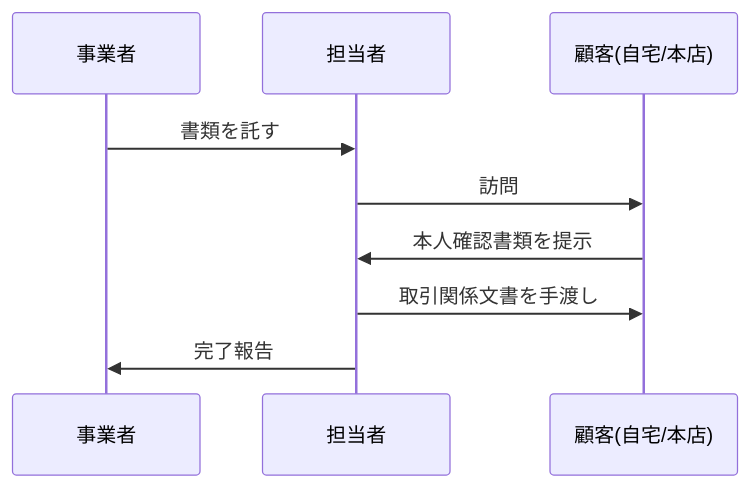
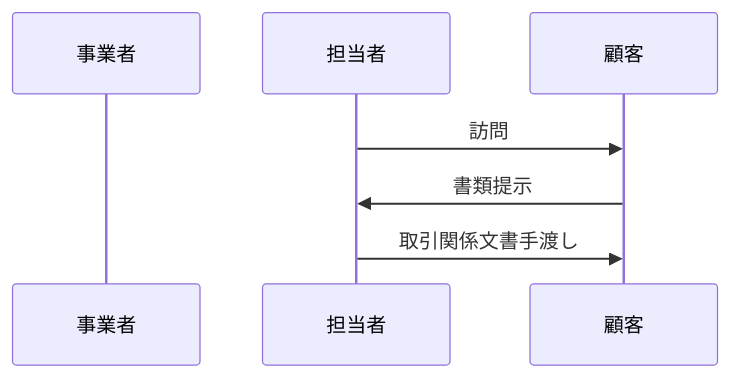
One commit to CiderH2CO3/study-hanshuho changed diagram 21 of 21 in hanshuho.md. Above: the diagram before and after it, drawn with Mermaid. The commit also changed other lines of this file and 1 other file, not shown here.

````diff
--- a/hanshuho.md
+++ b/hanshuho.md
@@ -756,11 +738,9 @@
 ```mermaid
 sequenceDiagram
     participant Biz as 事業者
     participant Staff as 担当者
-    participant User as 顧客(自宅/本店)
-    Biz->>Staff: 書類を託す
+    participant User as 顧客
     Staff->>User: 訪問
-    User->>Staff: 本人確認書類を提示
-    Staff->>User: 取引関係文書を手渡し
-    Staff->>Biz: 完了報告
+    User->>Staff: 書類提示
+    Staff->>User: 取引関係文書手渡し
 ```
````
